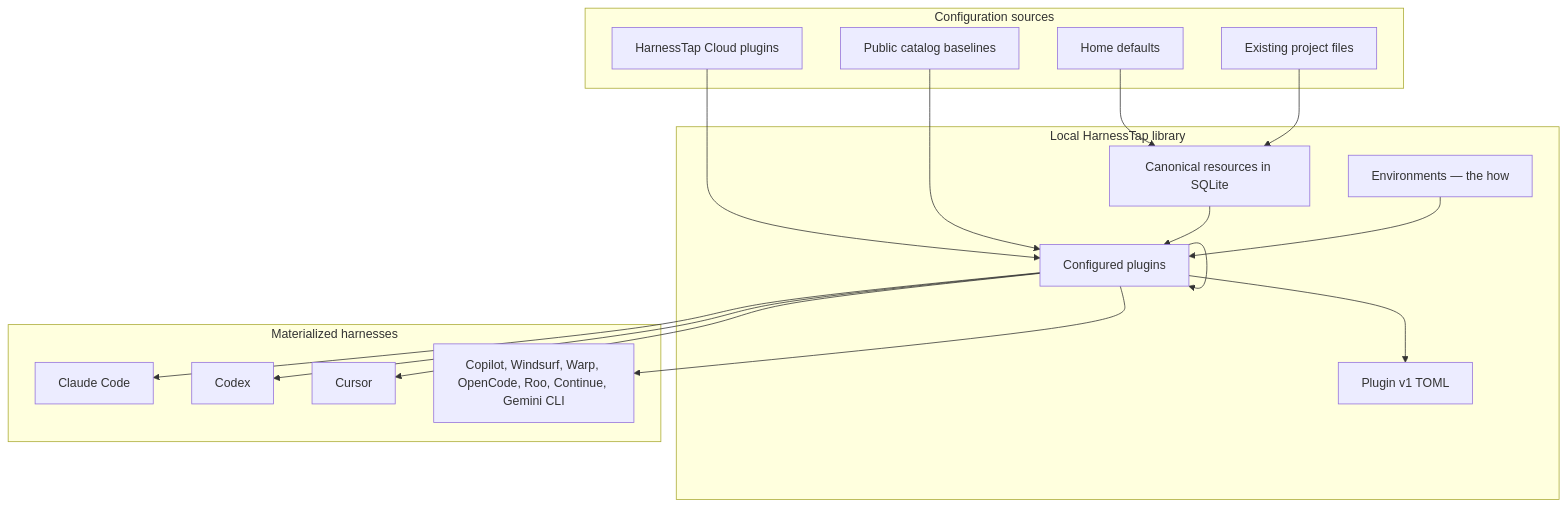
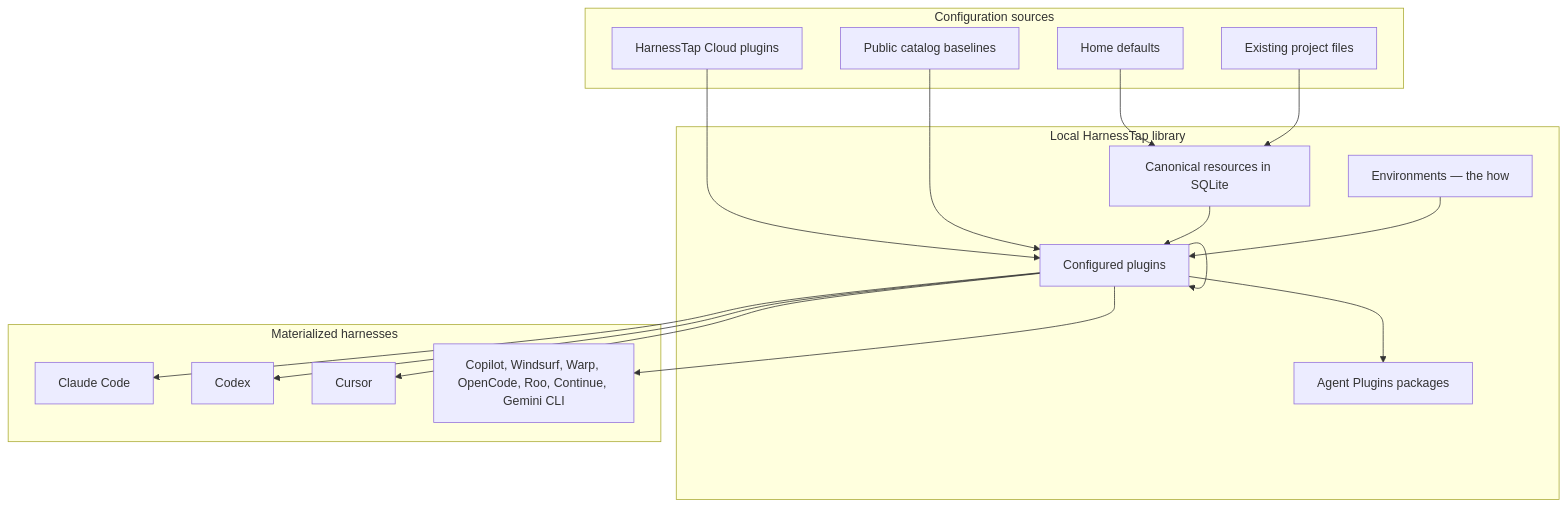
The first of 3 diagrams in README.md (harnesstap/harnesstap), drawn with Mermaid before and after one commit. The commit also changed other lines of this file and 16 other files, not shown here.

Commit message:
docs: document Agent Plugins packages as the only portable format

````diff
--- a/README.md
+++ b/README.md
@@ -215,37 +215,37 @@
 ```mermaid
 flowchart TB
   subgraph Sources[Configuration sources]
     Home[Home defaults]
     Repo[Existing project files]
     Cloud[HarnessTap Cloud plugins]
     BuiltIn[Public catalog baselines]
   end
 
   subgraph Library[Local HarnessTap library]
     Resources[Canonical resources in SQLite]
     Plugins[Plugins — the what]
     Envs[Environments — the how]
     Plugins[Configured plugins]
-    Bundles[Plugin v1 TOML]
+    Packages[Agent Plugins packages]
   end
 
   subgraph Targets[Materialized harnesses]
     Claude[Claude Code]
     Codex[Codex]
     Cursor[Cursor]
     Generic[Copilot, Windsurf, Warp, OpenCode, Roo, Continue, Gemini CLI]
   end
 
   Home --> Resources
   Repo --> Resources
   Cloud --> Plugins
   BuiltIn --> Plugins
   Resources --> Plugins
   Plugins --> Plugins
   Envs --> Plugins
-  Plugins --> Bundles
+  Plugins --> Packages
   Plugins --> Claude
   Plugins --> Codex
   Plugins --> Cursor
   Plugins --> Generic
 ```
````
